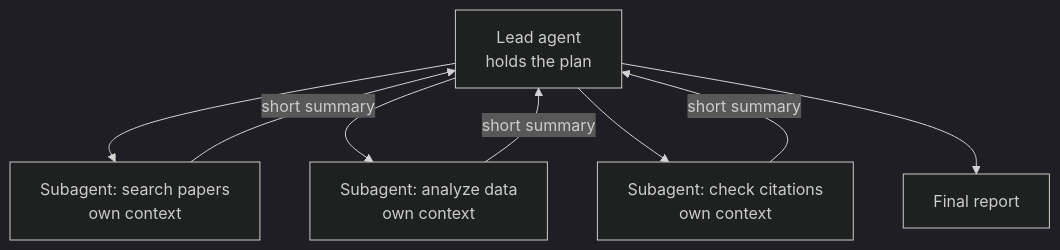
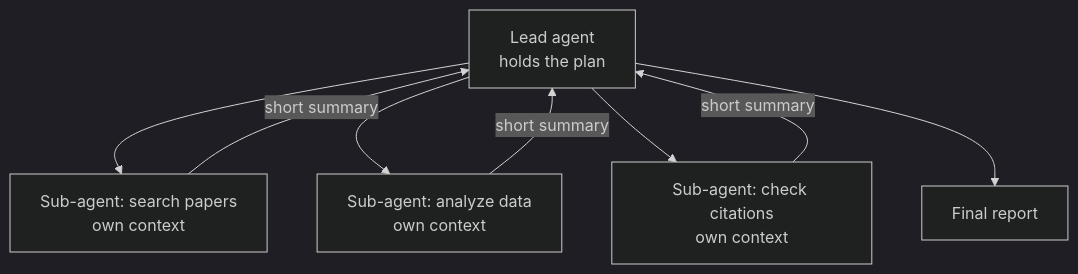
One commit to mcichael1-eng/Leash-Holder-2 changed the fifth of 9 diagrams in ai-book/chapters/28-tools-and-agents.md. Above: the diagram before and after it, drawn with Mermaid (dark theme). The commit also changed other lines of this file and 7 other files, not shown here.

````diff
--- a/ai-book/chapters/28-tools-and-agents.md
+++ b/ai-book/chapters/28-tools-and-agents.md
@@ -405,10 +405,10 @@
 ```mermaid
 flowchart TD
-  L["Lead agent<br/>holds the plan"] --> S1["Subagent: search papers<br/>own context"]
-  L --> S2["Subagent: analyze data<br/>own context"]
-  L --> S3["Subagent: check citations<br/>own context"]
+  L["Lead agent<br/>holds the plan"] --> S1["Sub-agent: search papers<br/>own context"]
+  L --> S2["Sub-agent: analyze data<br/>own context"]
+  L --> S3["Sub-agent: check citations<br/>own context"]
   S1 -->|"short summary"| L
   S2 -->|"short summary"| L
   S3 -->|"short summary"| L
   L --> F["Final report"]
 ```
````
